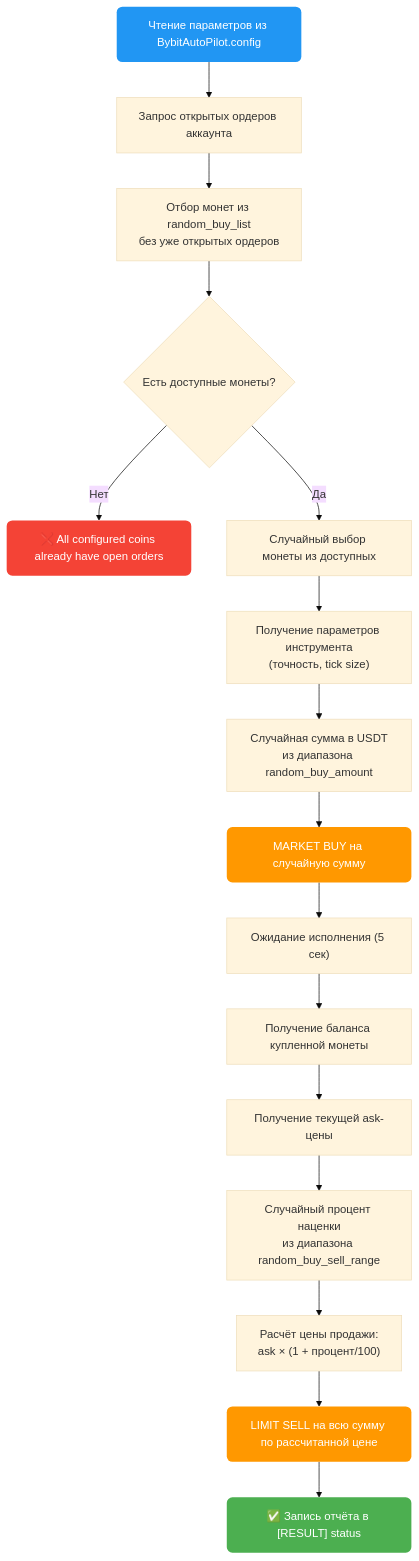
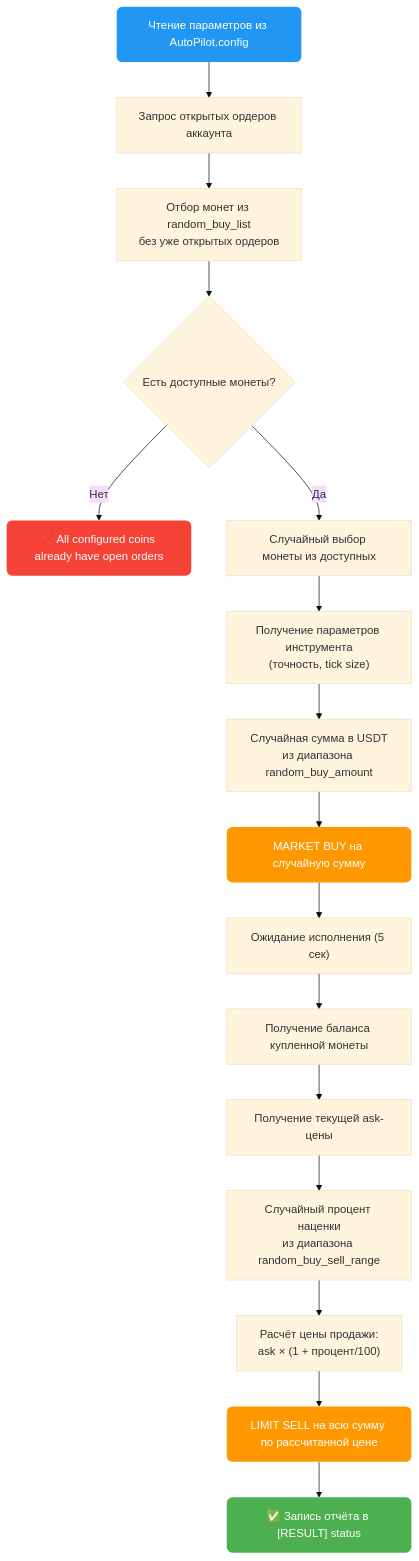
Before and after one commit to AutoPilotSoftware/docs: diagram 11 of 12 in src/content/docs/exchanges/bybit-autopilot.md, drawn with Mermaid (base theme). The commit also changed other lines of this file, not shown here.

First line of the commit message:
docs(bybit/limit): use AutoPilot.config as primary filename

````diff
--- a/src/content/docs/exchanges/bybit-autopilot.md
+++ b/src/content/docs/exchanges/bybit-autopilot.md
@@ -561,24 +561,24 @@
 ```mermaid
 flowchart TD
-    A["Чтение параметров из BybitAutoPilot.config"] --> B["Запрос открытых ордеров аккаунта"]
+    A["Чтение параметров из AutoPilot.config"] --> B["Запрос открытых ордеров аккаунта"]
     B --> C["Отбор монет из random_buy_list<br/>без уже открытых ордеров"]
     C --> D{"Есть доступные монеты?"}
     D -- "Нет" --> X["❌ All configured coins already have open orders"]
     D -- "Да" --> E["Случайный выбор монеты из доступных"]
     E --> F["Получение параметров инструмента<br/>(точность, tick size)"]
     F --> G["Случайная сумма в USDT<br/>из диапазона random_buy_amount"]
     G --> H["MARKET BUY на случайную сумму"]
     H --> I["Ожидание исполнения (5 сек)"]
     I --> J["Получение баланса купленной монеты"]
     J --> K["Получение текущей ask-цены"]
     K --> L["Случайный процент наценки<br/>из диапазона random_buy_sell_range"]
     L --> M["Расчёт цены продажи:<br/>ask × (1 + процент/100)"]
     M --> N["LIMIT SELL на всю сумму по рассчитанной цене"]
     N --> O["✅ Запись отчёта в [RESULT] status"]
 
     style A fill:#2196F3,color:#fff,stroke:none,rx:8
     style H fill:#FF9800,color:#fff,stroke:none,rx:8
     style N fill:#FF9800,color:#fff,stroke:none,rx:8
     style O fill:#4CAF50,color:#fff,stroke:none,rx:8
     style X fill:#F44336,color:#fff,stroke:none,rx:8
 ```
````
